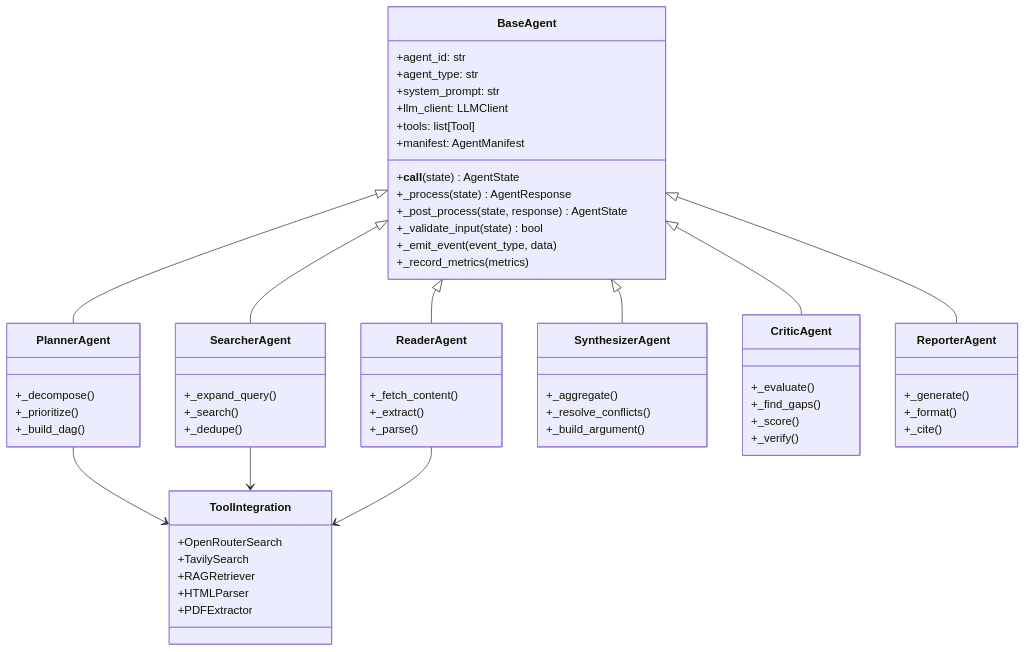
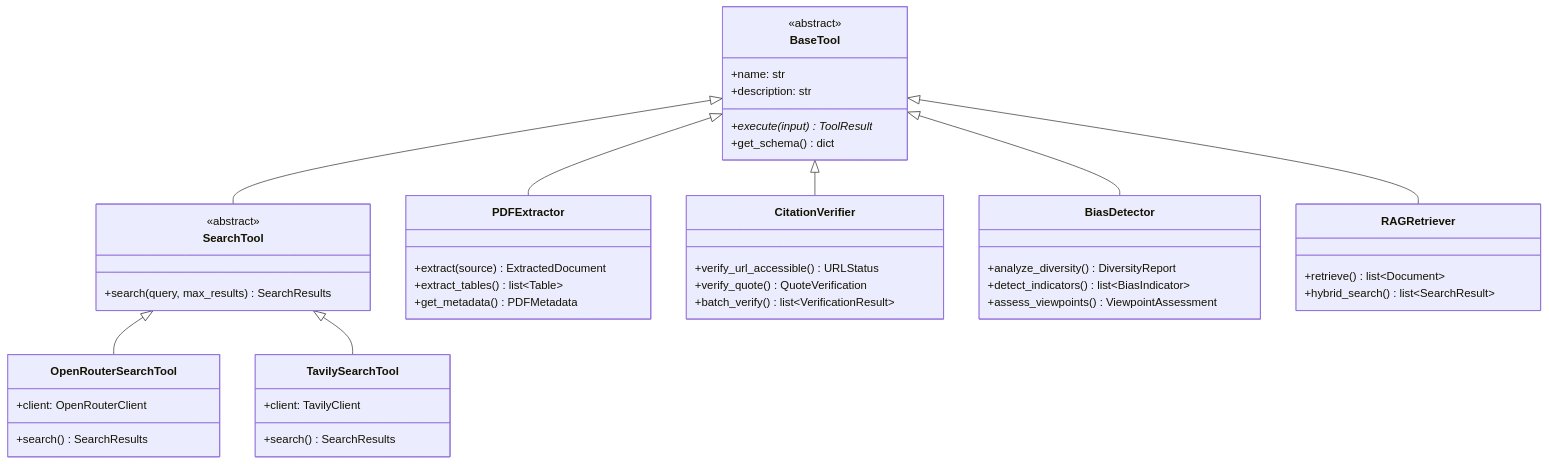
One commit to satyamaix/DeepResearchX changed diagram 11 of 29 in docs/ARCHITECTURE.md. Above: the diagram before and after it, drawn with Mermaid. The commit also changed other lines of this file and 2 other files, not shown here.

````diff
--- a/docs/ARCHITECTURE.md
+++ b/docs/ARCHITECTURE.md
@@ -270,73 +504,56 @@
 ```mermaid
 classDiagram
-    class BaseAgent {
-        +agent_id: str
-        +agent_type: str
-        +system_prompt: str
-        +llm_client: LLMClient
-        +tools: list[Tool]
-        +manifest: AgentManifest
-        +__call__(state) AgentState
-        +_process(state) AgentResponse
-        +_post_process(state, response) AgentState
-        +_validate_input(state) bool
-        +_emit_event(event_type, data)
-        +_record_metrics(metrics)
+    class BaseTool {
+        <<abstract>>
+        +name: str
+        +description: str
+        +execute(input)* ToolResult
+        +get_schema() dict
     }
 
-    class PlannerAgent {
-        +_decompose()
-        +_prioritize()
-        +_build_dag()
+    class SearchTool {
+        <<abstract>>
+        +search(query, max_results) SearchResults
     }
 
-    class SearcherAgent {
-        +_expand_query()
-        +_search()
-        +_dedupe()
+    class OpenRouterSearchTool {
+        +client: OpenRouterClient
+        +search() SearchResults
     }
 
-    class ReaderAgent {
-        +_fetch_content()
-        +_extract()
-        +_parse()
+    class TavilySearchTool {
+        +client: TavilyClient
+        +search() SearchResults
     }
 
-    class SynthesizerAgent {
-        +_aggregate()
-        +_resolve_conflicts()
-        +_build_argument()
+    class PDFExtractor {
+        +extract(source) ExtractedDocument
+        +extract_tables() list~Table~
+        +get_metadata() PDFMetadata
     }
 
-    class CriticAgent {
-        +_evaluate()
-        +_find_gaps()
-        +_score()
-        +_verify()
+    class CitationVerifier {
+        +verify_url_accessible() URLStatus
+        +verify_quote() QuoteVerification
+        +batch_verify() list~VerificationResult~
     }
 
-    class ReporterAgent {
-        +_generate()
-        +_format()
-        +_cite()
+    class BiasDetector {
+        +analyze_diversity() DiversityReport
+        +detect_indicators() list~BiasIndicator~
+        +assess_viewpoints() ViewpointAssessment
     }
 
-    BaseAgent <|-- PlannerAgent
-    BaseAgent <|-- SearcherAgent
-    BaseAgent <|-- ReaderAgent
-    BaseAgent <|-- SynthesizerAgent
-    BaseAgent <|-- CriticAgent
-    BaseAgent <|-- ReporterAgent
-
-    class ToolIntegration {
-        +OpenRouterSearch
-        +TavilySearch
-        +RAGRetriever
-        +HTMLParser
-        +PDFExtractor
+    class RAGRetriever {
+        +retrieve() list~Document~
+        +hybrid_search() list~SearchResult~
     }
 
-    PlannerAgent --> ToolIntegration
-    SearcherAgent --> ToolIntegration
-    ReaderAgent --> ToolIntegration
+    BaseTool <|-- SearchTool
+    SearchTool <|-- OpenRouterSearchTool
+    SearchTool <|-- TavilySearchTool
+    BaseTool <|-- PDFExtractor
+    BaseTool <|-- CitationVerifier
+    BaseTool <|-- BiasDetector
+    BaseTool <|-- RAGRetriever
 ```
````
